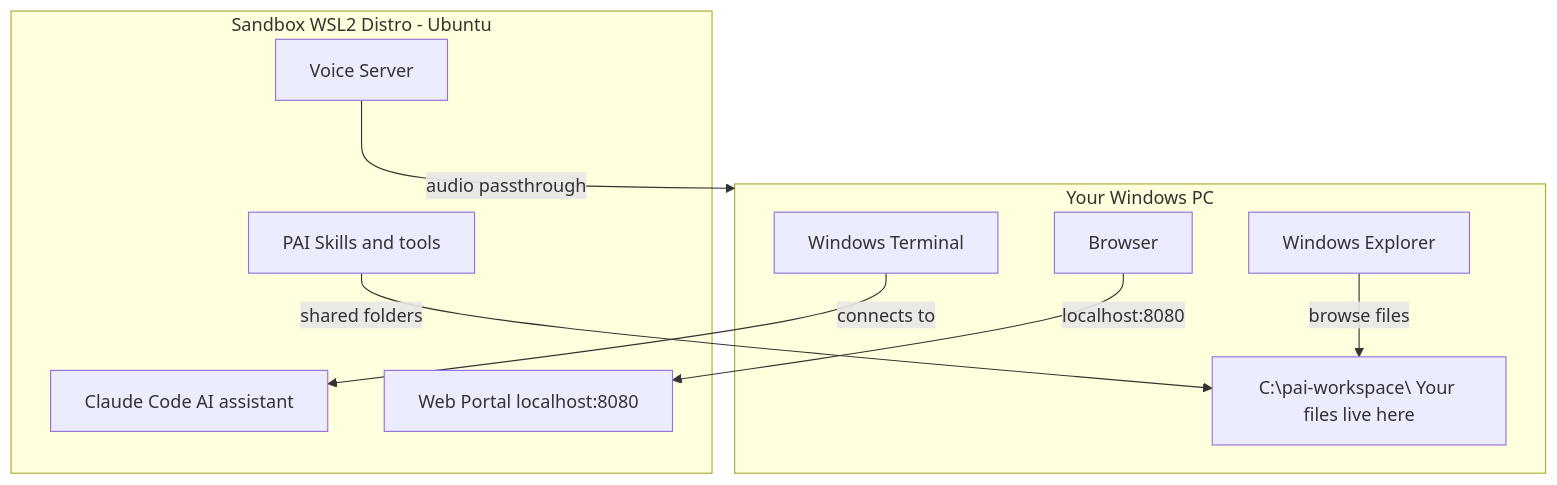
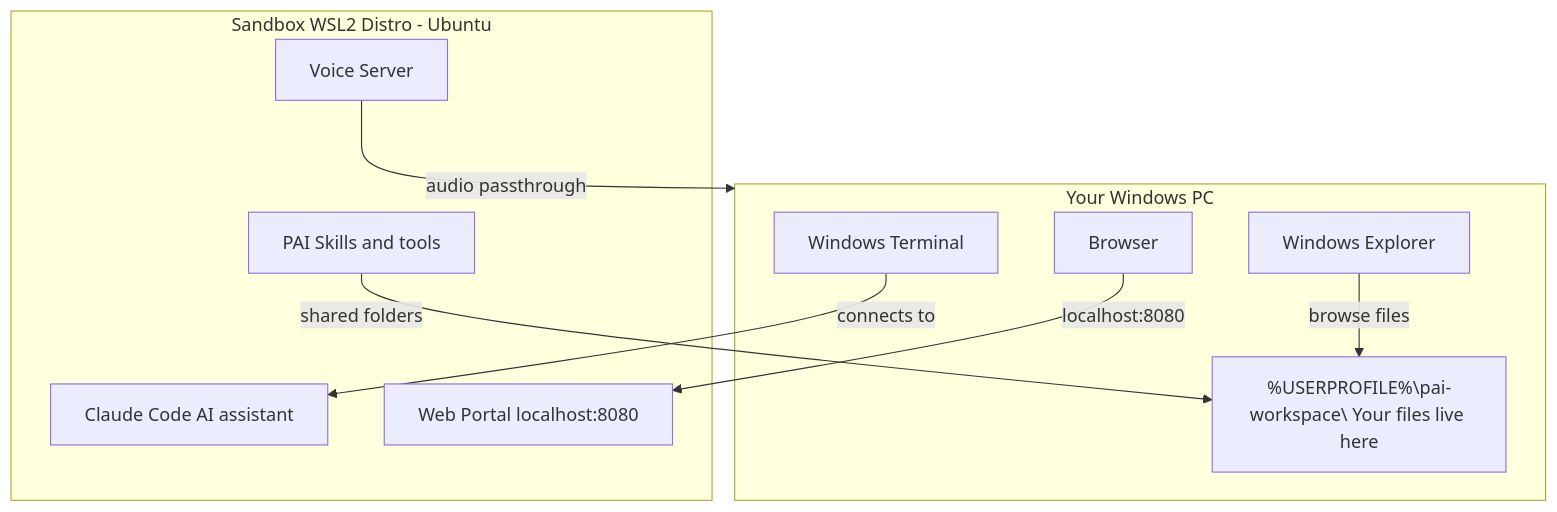
The diagram in README.md (jaredstanko/pai-wsl2), drawn with Mermaid before and after one commit. The commit also changed other lines of this file and 6 other files, not shown here.

First line of the commit message:
v2.4.0: Move workspace from C:\ root to %USERPROFILE%

````diff
--- a/README.md
+++ b/README.md
@@ -7,22 +7,22 @@
 ```mermaid
 graph TB
     subgraph win [Your Windows PC]
         terminal[Windows Terminal]
-        workspace["C:\pai-workspace\ Your files live here"]
+        workspace["%USERPROFILE%\pai-workspace\ Your files live here"]
         browser[Browser]
         explorer[Windows Explorer]
     end
 
     subgraph wsl [Sandbox WSL2 Distro - Ubuntu]
         claude[Claude Code AI assistant]
         pai[PAI Skills and tools]
         portal[Web Portal localhost:8080]
         voice[Voice Server]
     end
 
     terminal -->|connects to| claude
     pai -->|shared folders| workspace
     explorer -->|browse files| workspace
     browser -->|localhost:8080| portal
     voice -->|audio passthrough| win
 ```
````
